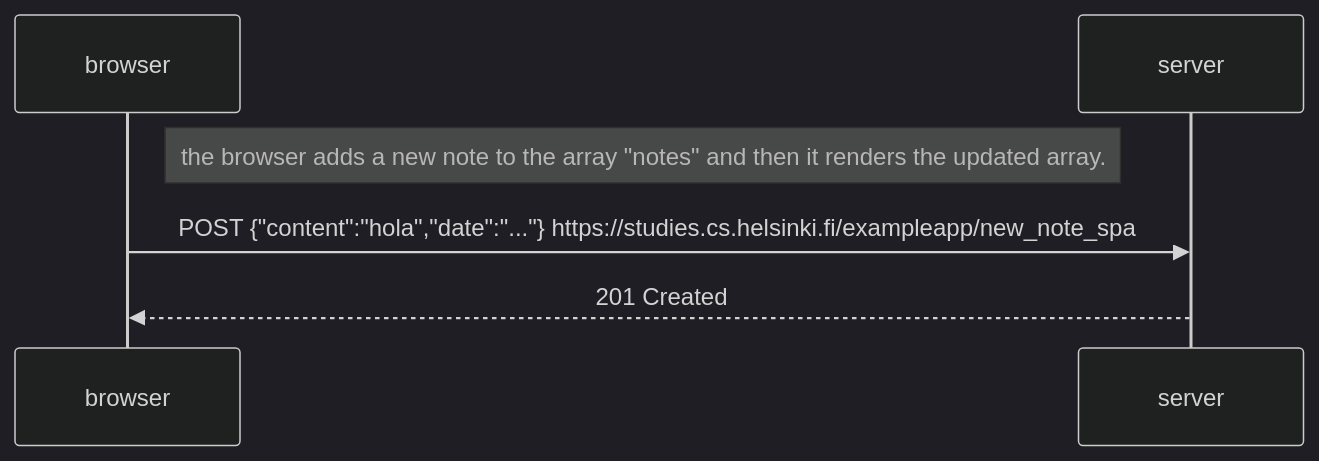
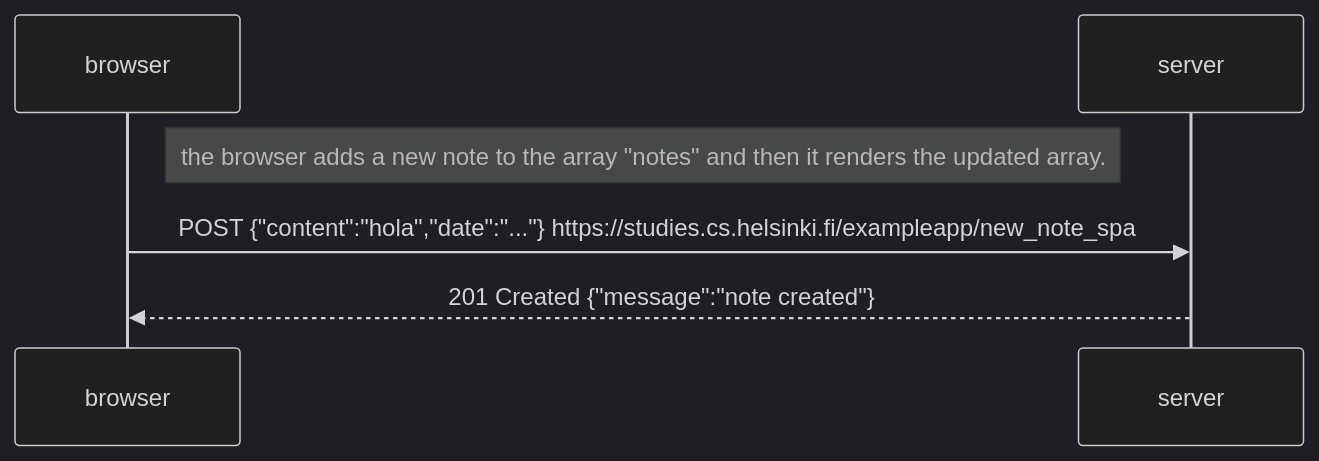
One commit to makzuu/learning-stuff changed the diagram in 07.full-stack-open-2023/part0/6.new-note-spa/new-note-spa.md. Above: the diagram before and after it, drawn with Mermaid (dark theme).

Commit message:
full stack open - part 0: little improvement

````diff
--- a/07.full-stack-open-2023/part0/6.new-note-spa/new-note-spa.md
+++ b/07.full-stack-open-2023/part0/6.new-note-spa/new-note-spa.md
@@ -1,10 +1,10 @@
 ```mermaid
 sequenceDiagram
     participant browser
     participant server
 
     Note right of browser: the browser adds a new note to the array "notes" and then it renders the updated array.
 
     browser->>server: POST {"content":"hola","date":"..."} https://studies.cs.helsinki.fi/exampleapp/new_note_spa
-    server-->>browser: 201 Created
+    server-->>browser: 201 Created {"message":"note created"}
 ```
````
